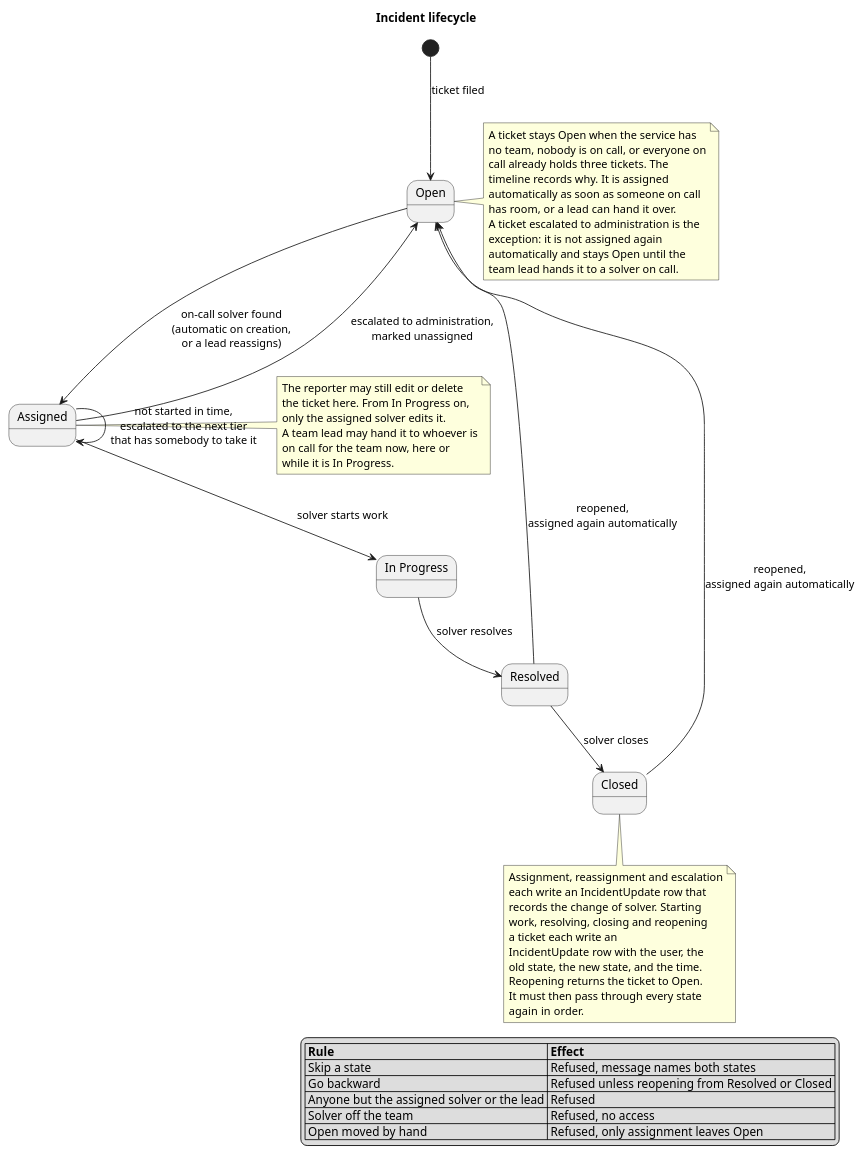
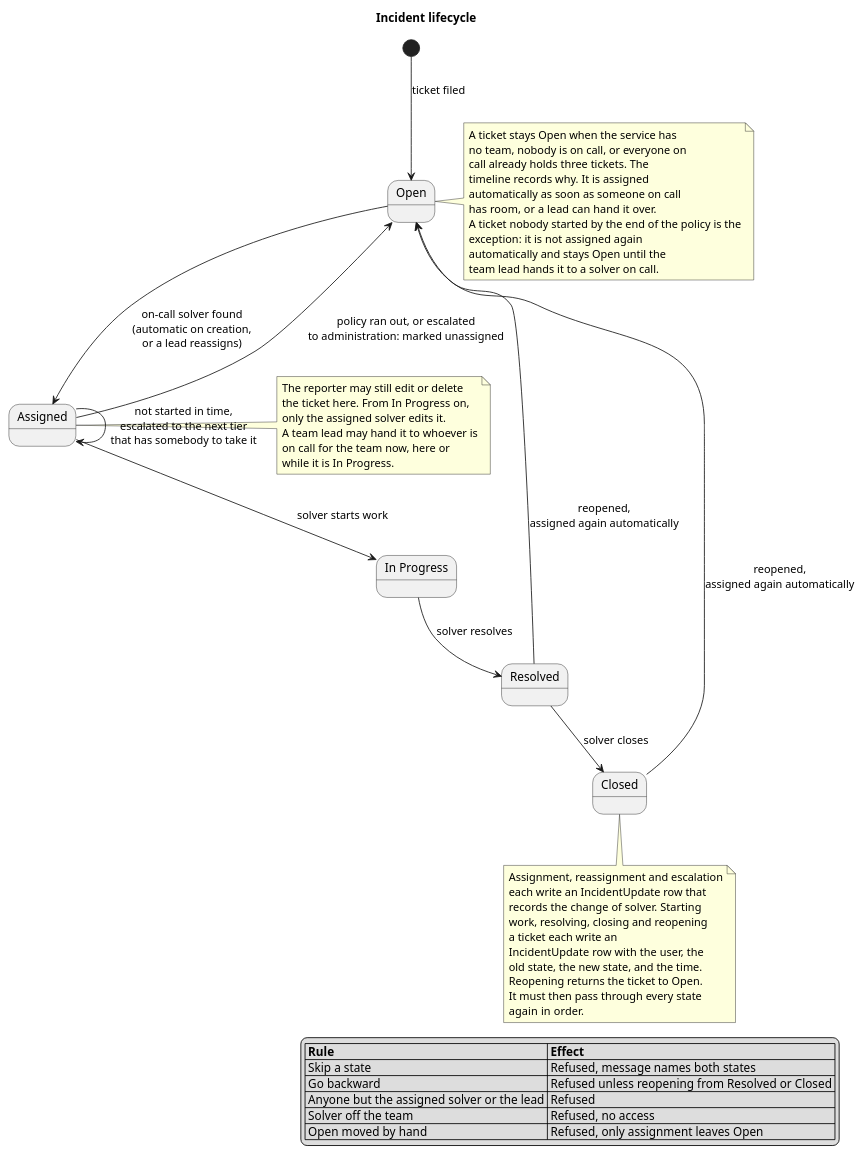
Before and after one commit to ZiedRbd/COSC-3339-Fall-2026-Term-Project: the diagram in docs/incident-state-machine.puml, drawn with PlantUML. The commit also changed 3 other files, not shown here.

Commit message:
Docs and diagrams: administration is an optional last tier a lead ticks on the policy page

```diff
--- a/docs/incident-state-machine.puml
+++ b/docs/incident-state-machine.puml
@@ -1,60 +1,60 @@
 @startuml
 title Incident lifecycle
 
 [*] --> Open : ticket filed
 
 state "In Progress" as InProgress
 
 Open --> Assigned : on-call solver found\n(automatic on creation,\nor a lead reassigns)
 Assigned --> InProgress : solver starts work
 InProgress --> Resolved : solver resolves
 Resolved --> Closed : solver closes
 Resolved --> Open : reopened,\nassigned again automatically
 Closed --> Open : reopened,\nassigned again automatically
 Assigned --> Assigned : not started in time,\nescalated to the next tier\nthat has somebody to take it
-Assigned --> Open : escalated to administration,\nmarked unassigned
+Assigned --> Open : policy ran out, or escalated\nto administration: marked unassigned
 
 note right of Open
   A ticket stays Open when the service has
   no team, nobody is on call, or everyone on
   call already holds three tickets. The
   timeline records why. It is assigned
   automatically as soon as someone on call
   has room, or a lead can hand it over.
-  A ticket escalated to administration is the
+  A ticket nobody started by the end of the policy is the
   exception: it is not assigned again
   automatically and stays Open until the
   team lead hands it to a solver on call.
 end note
 
 note right of Assigned
   The reporter may still edit or delete
   the ticket here. From In Progress on,
   only the assigned solver edits it.
   A team lead may hand it to whoever is
   on call for the team now, here or
   while it is In Progress.
 end note
 
 note bottom of Closed
   Assignment, reassignment and escalation
   each write an IncidentUpdate row that
   records the change of solver. Starting
   work, resolving, closing and reopening
   a ticket each write an
   IncidentUpdate row with the user, the
   old state, the new state, and the time.
   Reopening returns the ticket to Open.
   It must then pass through every state
   again in order.
 end note
 
 legend right
   |= Rule |= Effect |
   | Skip a state | Refused, message names both states |
   | Go backward | Refused unless reopening from Resolved or Closed |
   | Anyone but the assigned solver or the lead | Refused |
   | Solver off the team | Refused, no access |
   | Open moved by hand | Refused, only assignment leaves Open |
 endlegend
 @enduml
```
